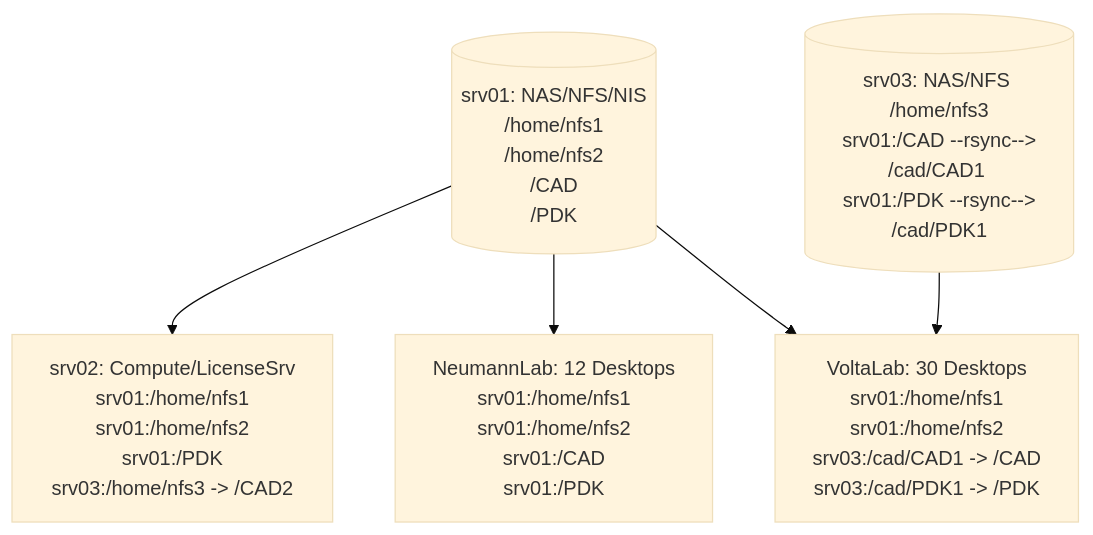
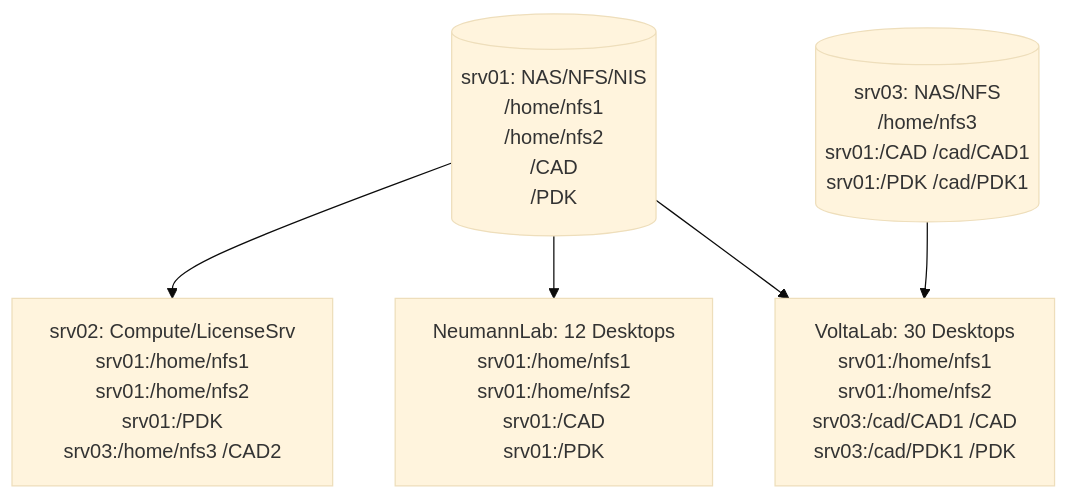
The second of 2 diagrams in wiki/wiki-it.md (silicon-vlsi/silicon-vlsi.github.io), drawn with Mermaid (base theme) before and after one commit.

````diff
--- a/wiki/wiki-it.md
+++ b/wiki/wiki-it.md
@@ -1297,20 +1297,20 @@
 ```mermaid
 
 graph TD;
 
   srv01[(srv01: NAS/NFS/NIS <br/> /home/nfs1 <br/> /home/nfs2 <br/> /CAD <br/> /PDK)];
 
-  srv03[(srv03: NAS/NFS <br/> /home/nfs3 <br/> srv01:/CAD --rsync--> /cad/CAD1 <br/> srv01:/PDK --rsync--> /cad/PDK1)];
+  srv03[(srv03: NAS/NFS <br/> /home/nfs3 <br/> srv01:/CAD  /cad/CAD1 <br/> srv01:/PDK  /cad/PDK1)];
 
-  srv02[ srv02: Compute/LicenseSrv <br/> srv01:/home/nfs1 <br/> srv01:/home/nfs2 <br/> srv01:/PDK <br/> srv03:/home/nfs3 -> /CAD2 ];
+  srv02[ srv02: Compute/LicenseSrv <br/> srv01:/home/nfs1 <br/> srv01:/home/nfs2 <br/> srv01:/PDK <br/> srv03:/home/nfs3  /CAD2 ];
 
-  voltaLab[VoltaLab: 30 Desktops <br/> srv01:/home/nfs1 <br/>  srv01:/home/nfs2 <br/> srv03:/cad/CAD1 -> /CAD <br/> srv03:/cad/PDK1 -> /PDK ];
+  voltaLab[VoltaLab: 30 Desktops <br/> srv01:/home/nfs1 <br/>  srv01:/home/nfs2 <br/> srv03:/cad/CAD1  /CAD <br/> srv03:/cad/PDK1  /PDK ];
 
   neumannLab[NeumannLab: 12 Desktops <br/> srv01:/home/nfs1 <br/> srv01:/home/nfs2 <br/> srv01:/CAD <br/> srv01:/PDK ];
 
   srv01 --> srv02;
   srv01 --> neumannLab;
   srv01 --> voltaLab;
   srv03 --> voltaLab;
   
 ```
````
